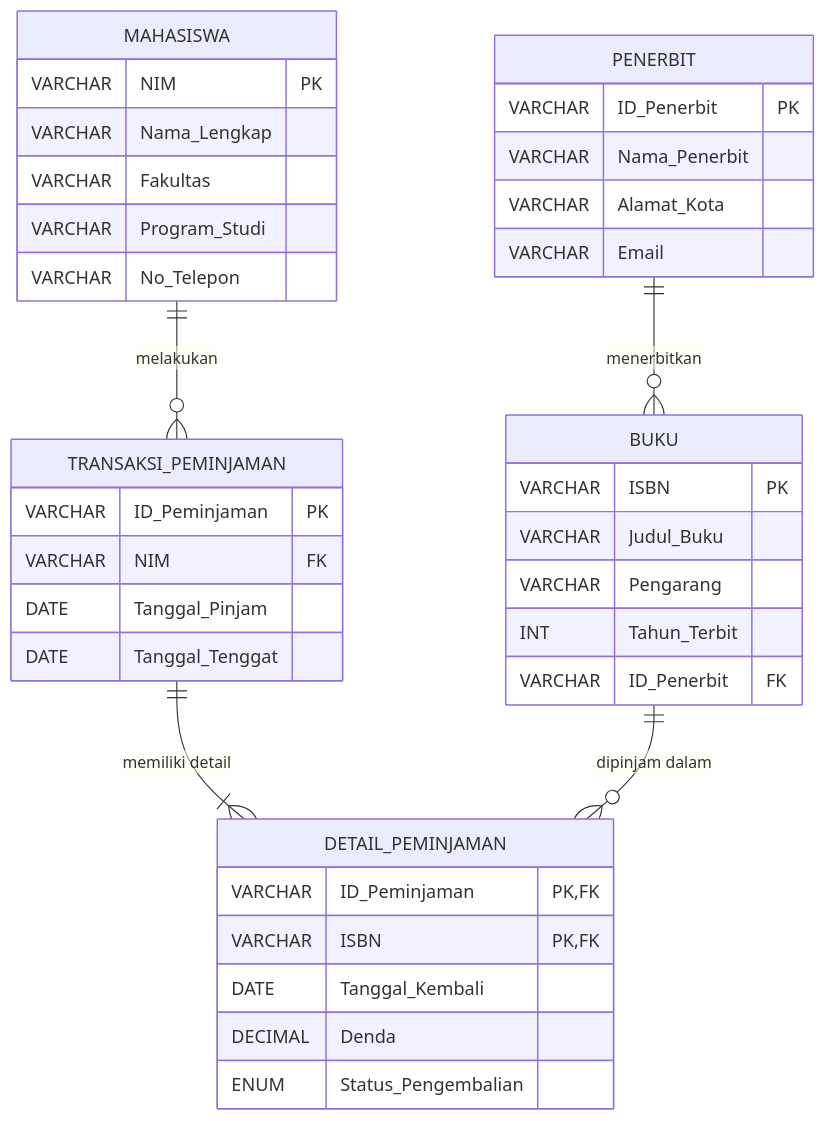
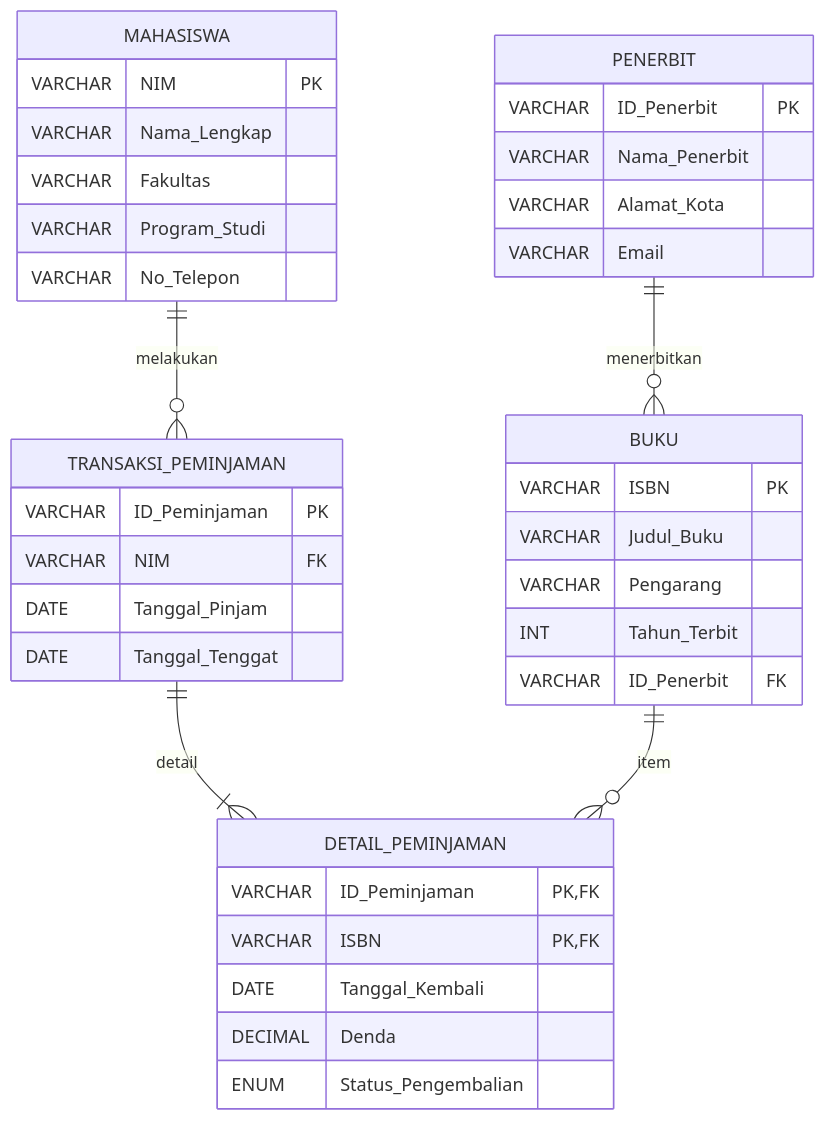
Before and after one commit to AdinRafi/Pemrograman-Web-B: the sixth of 6 diagrams in Tugas 6/06-tugas-pemodelan-database.md, drawn with Mermaid.

Commit message:
Selesaikan tugas mandiri modul 6

````diff
--- a/Tugas 6/06-tugas-pemodelan-database.md
+++ b/Tugas 6/06-tugas-pemodelan-database.md
@@ -281,45 +281,44 @@
 ```mermaid
 erDiagram
     MAHASISWA ||--o{ TRANSAKSI_PEMINJAMAN : "melakukan"
     PENERBIT ||--o{ BUKU : "menerbitkan"
-    TRANSAKSI_PEMINJAMAN ||--|{ DETAIL_PEMINJAMAN : "memiliki detail"
-    BUKU ||--o{ DETAIL_PEMINJAMAN : "dipinjam dalam"
-
+    TRANSAKSI_PEMINJAMAN ||--|{ DETAIL_PEMINJAMAN : " detail"
+    BUKU ||--o{ DETAIL_PEMINJAMAN : "item"
     MAHASISWA {
         VARCHAR NIM PK
         VARCHAR Nama_Lengkap
         VARCHAR Fakultas
         VARCHAR Program_Studi
         VARCHAR No_Telepon
     }
 
     PENERBIT {
         VARCHAR ID_Penerbit PK
         VARCHAR Nama_Penerbit
         VARCHAR Alamat_Kota
         VARCHAR Email
     }
 
     BUKU {
         VARCHAR ISBN PK
         VARCHAR Judul_Buku
         VARCHAR Pengarang
         INT Tahun_Terbit
         VARCHAR ID_Penerbit FK
     }
 
     TRANSAKSI_PEMINJAMAN {
         VARCHAR ID_Peminjaman PK
         VARCHAR NIM FK
         DATE Tanggal_Pinjam
         DATE Tanggal_Tenggat
     }
 
     DETAIL_PEMINJAMAN {
         VARCHAR ID_Peminjaman PK,FK
         VARCHAR ISBN PK,FK
         DATE Tanggal_Kembali
         DECIMAL Denda
         ENUM Status_Pengembalian
     }
 ```
````
